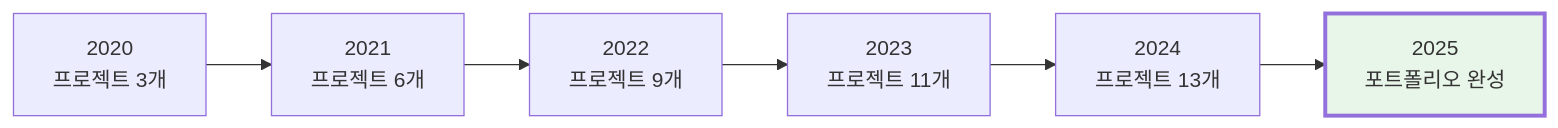
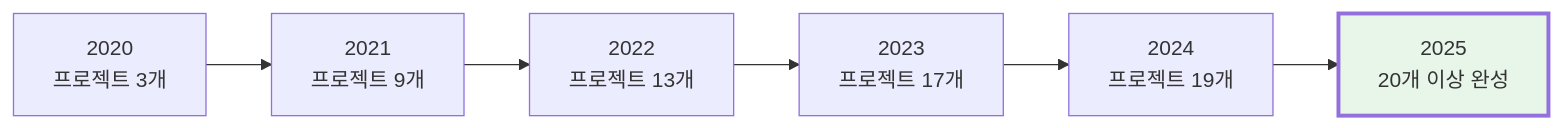
One commit to moobaek/Testing_AI_agents_for_public_use changed the sixth of 6 diagrams in portfolio/portfolio_docs/Executive_Summary/01_Key_Achievements.md. Above: the diagram before and after it, drawn with Mermaid. The commit also changed other lines of this file and 16 other files, not shown here.

First line of the commit message:
포트폴리오 문서 업데이트: GS 인증 정보 수정, Mermaid 다이어그램 옵시디언 호환성 개선, 개인 프로필 추가

````diff
--- a/portfolio/portfolio_docs/Executive_Summary/01_Key_Achievements.md
+++ b/portfolio/portfolio_docs/Executive_Summary/01_Key_Achievements.md
@@ -296,10 +322,10 @@
 ```mermaid
 graph LR
-    Y2020["2020<br/>프로젝트 3개"] --> Y2021["2021<br/>프로젝트 6개"]
-    Y2021 --> Y2022["2022<br/>프로젝트 9개"]
-    Y2022 --> Y2023["2023<br/>프로젝트 11개"]
-    Y2023 --> Y2024["2024<br/>프로젝트 13개"]
-    Y2024 --> Y2025["2025<br/>포트폴리오 완성"]
-    
+    Y2020["2020<br/>프로젝트 3개"] --> Y2021["2021<br/>프로젝트 9개"]
+    Y2021 --> Y2022["2022<br/>프로젝트 13개"]
+    Y2022 --> Y2023["2023<br/>프로젝트 17개"]
+    Y2023 --> Y2024["2024<br/>프로젝트 19개"]
+    Y2024 --> Y2025["2025<br/>20개 이상 완성"]
+
     style Y2025 fill:#e8f5e9,stroke-width:3px
 ```
````
